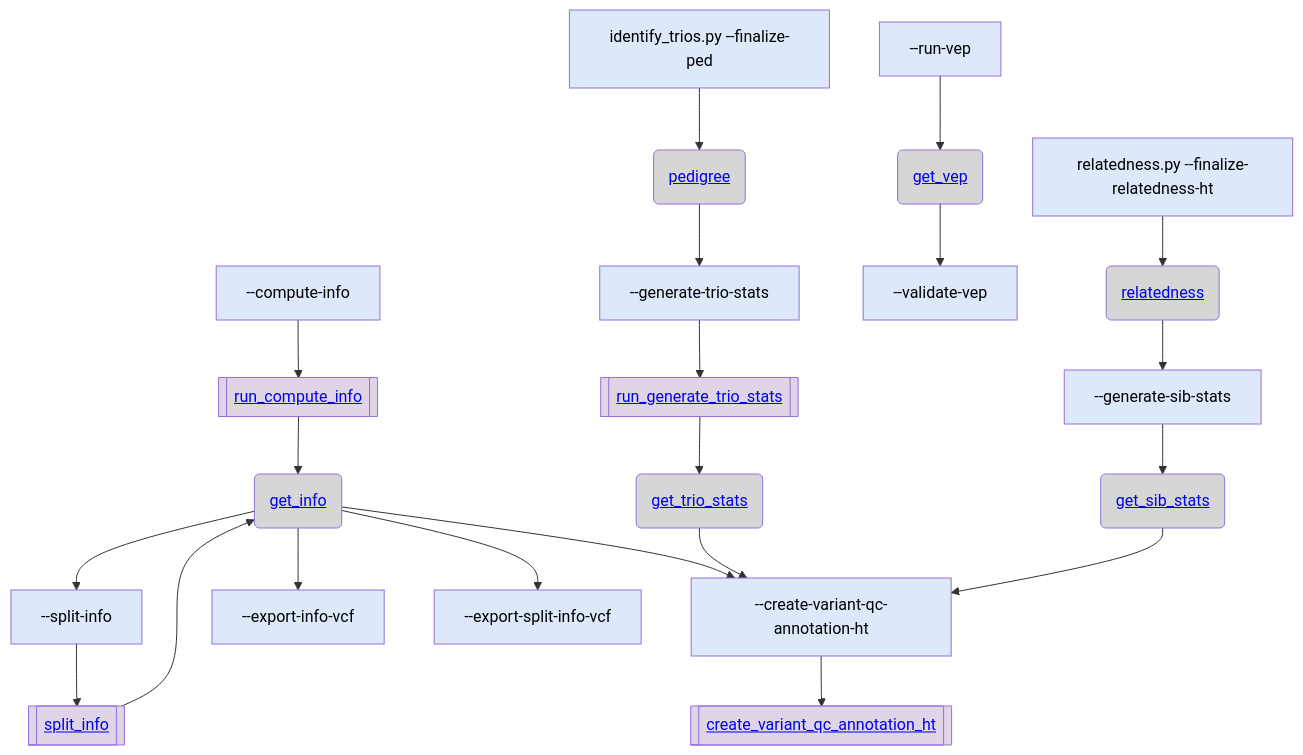
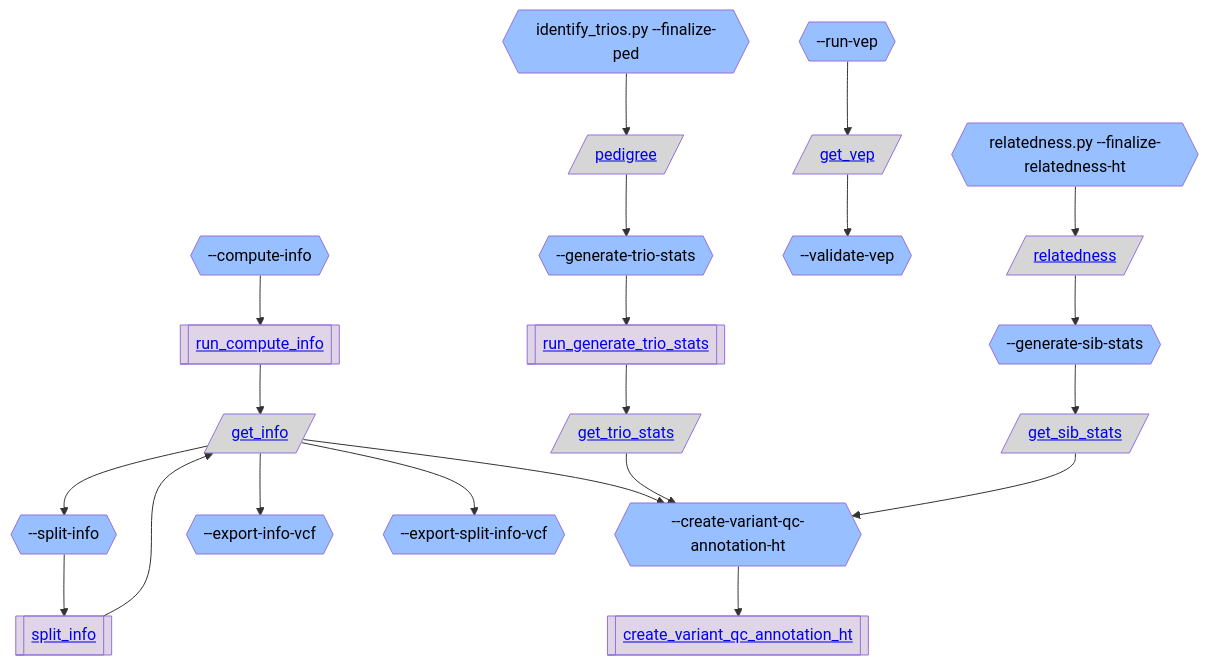
One commit to broadinstitute/gnomad_qc changed the second of 5 diagrams in gnomad_qc/v4/annotations/README.md. Above: the diagram before and after it, drawn with Mermaid. The commit also changed other lines of this file and 4 other files, not shown here.

````diff
--- a/gnomad_qc/v4/annotations/README.md
+++ b/gnomad_qc/v4/annotations/README.md
@@ -96,52 +96,52 @@
 ```mermaid
 flowchart TB;
   classDef script_color fill:#2C5D4A,color:#000000
-  classDef step_color fill:#DDE9FB,color:#000000
+  classDef step_color fill:#98BFFF,color:#000000
   classDef func_color fill:#E0D5E6,color:#000000
   classDef gnomad_methods_color fill:#F9F2CE,color:#000000
   classDef hail_color fill:#FAEACE,color:#000000
   classDef resource_color fill:#D6D6D6,color:#000000
   classDef validity_check_color fill:#2C5D4A,color:#000000
 
-  step_compute_info["--compute-info"]:::step_color;
+  step_compute_info{{"--compute-info"}}:::step_color;
   func_run_compute_info[["<a href='https://github.com/broadinstitute/gnomad_qc/tree/main/gnomad_qc/v4/annotations/generate_variant_qc_annotations.py#L221'>run_compute_info</a>"]]:::func_color;
-  resource_get_info("<a href='https://github.com/broadinstitute/gnomad_qc/tree/main/gnomad_qc/v4/resources/annotations.py#L47'>get_info</a>"):::resource_color;
-  step_split_info["--split-info"]:::step_color;
+  resource_get_info[/"<a href='https://github.com/broadinstitute/gnomad_qc/tree/main/gnomad_qc/v4/resources/annotations.py#L47'>get_info</a>"/]:::resource_color;
+  step_split_info{{"--split-info"}}:::step_color;
   func_split_info[["<a href='https://github.com/broadinstitute/gnomad_qc/tree/main/gnomad_qc/v4/annotations/generate_variant_qc_annotations.py#L399'>split_info</a>"]]:::func_color;
-  step_create_variant_qc_annotation_ht["--create-variant-qc-annotation-ht"]:::step_color;
+  step_create_variant_qc_annotation_ht{{"--create-variant-qc-annotation-ht"}}:::step_color;
   func_create_variant_qc_annotation_ht[["<a href='https://github.com/broadinstitute/gnomad_qc/tree/main/gnomad_qc/v4/annotations/generate_variant_qc_annotations.py#L478'>create_variant_qc_annotation_ht</a>"]]:::func_color;
-  step_generate_trio_stats["--generate-trio-stats"]:::step_color;
+  step_generate_trio_stats{{"--generate-trio-stats"}}:::step_color;
   func_run_generate_trio_stats[["<a href='https://github.com/broadinstitute/gnomad_qc/tree/main/gnomad_qc/v4/annotations/generate_variant_qc_annotations.py#L427'>run_generate_trio_stats</a>"]]:::func_color;
-  resource_get_trio_stats("<a href='https://github.com/broadinstitute/gnomad_qc/tree/main/gnomad_qc/v4/resources/annotations.py#L113'>get_trio_stats</a>"):::resource_color;
-  step_generate_sib_stats["--generate-sib-stats"]:::step_color;
-  resource_get_sib_stats("<a href='https://github.com/broadinstitute/gnomad_qc/tree/main/gnomad_qc/v4/resources/annotations.py#L131'>get_sib_stats</a>"):::resource_color;
-  step_export_info_vcf["--export-info-vcf"]:::step_color;
-  step_export_split_info_vcf["--export-split-info-vcf"]:::step_color;
-  step_run_vep["--run-vep"]:::step_color;
-  resource_get_vep("<a href='https://github.com/broadinstitute/gnomad_qc/tree/main/gnomad_qc/v4/resources/annotations.py#L69'>get_vep</a>"):::resource_color;
-  step_validate_vep["--validate-vep"]:::step_color;
-  step_finalize_ped["identify_trios.py --finalize-ped"]:::step_color;
-  resource_pedigree("<a href='https://github.com/broadinstitute/gnomad_qc/tree/main/gnomad_qc/v4/resources/sample_qc.py#L913'>pedigree</a>"):::resource_color;
-  step_finalize_relatedness_ht["relatedness.py --finalize-relatedness-ht"]:::step_color;
-  resource_relatedness("<a href='https://github.com/broadinstitute/gnomad_qc/tree/main/gnomad_qc/v4/resources/sample_qc.py#L473'>relatedness</a>"):::resource_color;
+  resource_get_trio_stats[/"<a href='https://github.com/broadinstitute/gnomad_qc/tree/main/gnomad_qc/v4/resources/annotations.py#L113'>get_trio_stats</a>"/]:::resource_color;
+  step_generate_sib_stats{{"--generate-sib-stats"}}:::step_color;
+  resource_get_sib_stats[/"<a href='https://github.com/broadinstitute/gnomad_qc/tree/main/gnomad_qc/v4/resources/annotations.py#L131'>get_sib_stats</a>"/]:::resource_color;
+  step_export_info_vcf{{"--export-info-vcf"}}:::step_color;
+  step_export_split_info_vcf{{"--export-split-info-vcf"}}:::step_color;
+  step_run_vep{{"--run-vep"}}:::step_color;
+  resource_get_vep[/"<a href='https://github.com/broadinstitute/gnomad_qc/tree/main/gnomad_qc/v4/resources/annotations.py#L69'>get_vep</a>"/]:::resource_color;
+  step_validate_vep{{"--validate-vep"}}:::step_color;
+  step_finalize_ped{{"identify_trios.py --finalize-ped"}}:::step_color;
+  resource_pedigree[/"<a href='https://github.com/broadinstitute/gnomad_qc/tree/main/gnomad_qc/v4/resources/sample_qc.py#L913'>pedigree</a>"/]:::resource_color;
+  step_finalize_relatedness_ht{{"relatedness.py --finalize-relatedness-ht"}}:::step_color;
+  resource_relatedness[/"<a href='https://github.com/broadinstitute/gnomad_qc/tree/main/gnomad_qc/v4/resources/sample_qc.py#L473'>relatedness</a>"/]:::resource_color;
   step_compute_info --> func_run_compute_info;
   func_run_compute_info --> resource_get_info;
   resource_get_info --> step_split_info;
   step_split_info --> func_split_info;
   func_split_info --> resource_get_info;
   resource_get_info --> step_create_variant_qc_annotation_ht;
   step_create_variant_qc_annotation_ht --> func_create_variant_qc_annotation_ht;
   step_generate_trio_stats --> func_run_generate_trio_stats;
   func_run_generate_trio_stats --> resource_get_trio_stats;
   resource_get_trio_stats --> step_create_variant_qc_annotation_ht;
   step_generate_sib_stats --> resource_get_sib_stats;
   resource_get_sib_stats --> step_create_variant_qc_annotation_ht;
   resource_get_info --> step_export_info_vcf;
   resource_get_info --> step_export_split_info_vcf;
   step_run_vep --> resource_get_vep;
   resource_get_vep --> step_validate_vep;
   step_finalize_ped --> resource_pedigree;
   resource_pedigree --> step_generate_trio_stats;
   step_finalize_relatedness_ht --> resource_relatedness;
   resource_relatedness --> step_generate_sib_stats;
 ```
````
